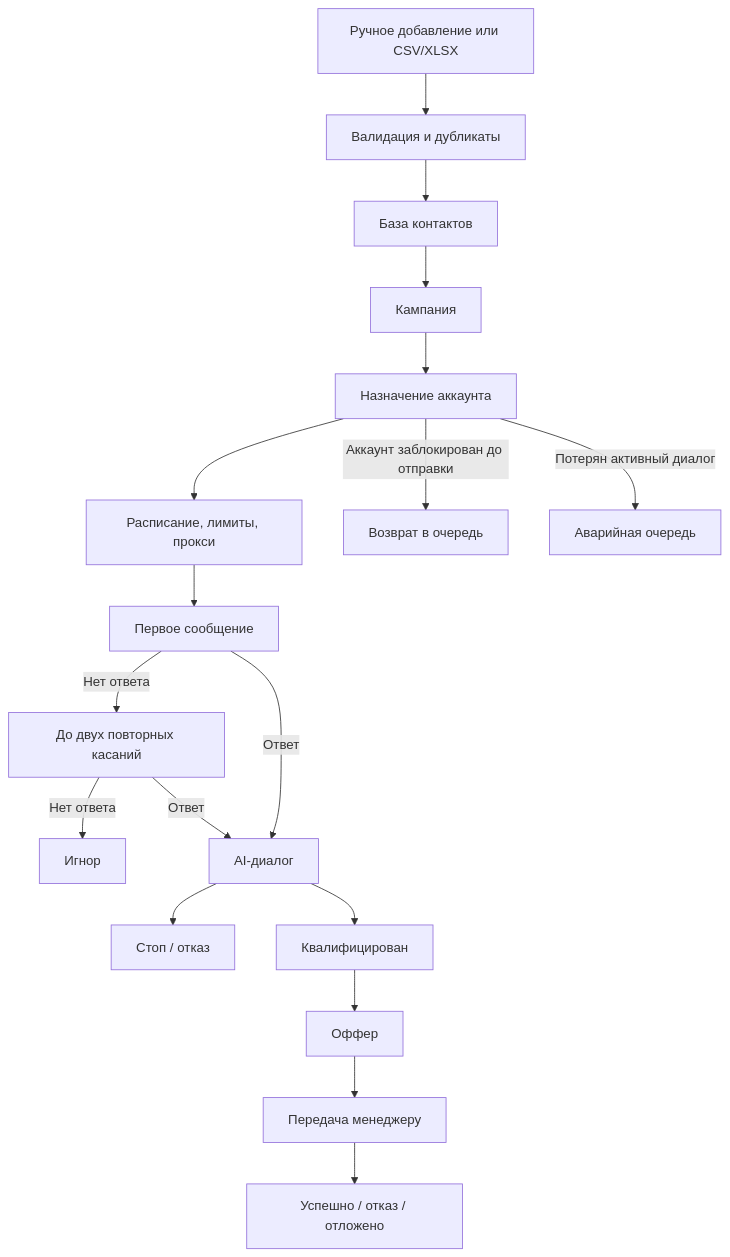
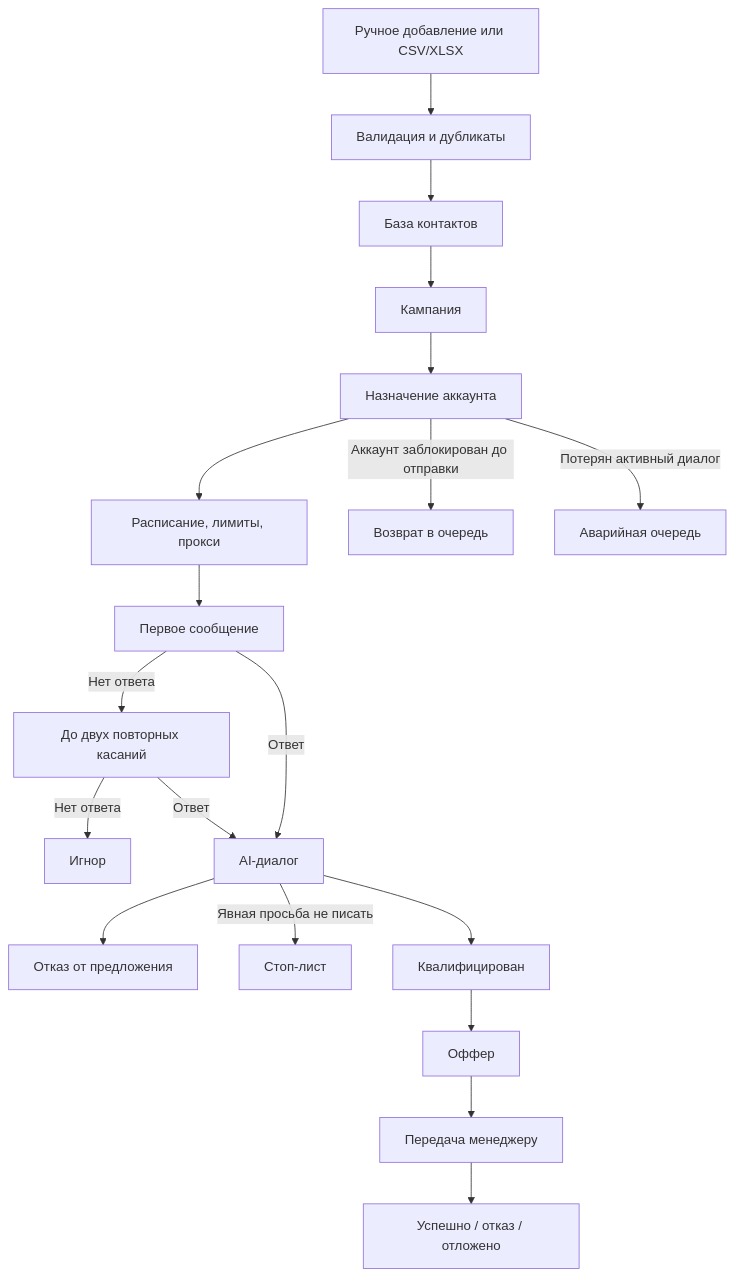
One commit to Alex666rr/AIsales changed the second of 2 diagrams in outputs/AI-Sales-Manager-TZ.md. Above: the diagram before and after it, drawn with Mermaid. The commit also changed other lines of this file, not shown here.

````diff
--- a/outputs/AI-Sales-Manager-TZ.md
+++ b/outputs/AI-Sales-Manager-TZ.md
@@ -495,20 +520,21 @@
 ```mermaid
 flowchart TD
     I["Ручное добавление или CSV/XLSX"] --> V["Валидация и дубликаты"]
     V --> B["База контактов"]
     B --> C["Кампания"]
     C --> A["Назначение аккаунта"]
     A --> S["Расписание, лимиты, прокси"]
     S --> M1["Первое сообщение"]
     M1 -->|Нет ответа| F["До двух повторных касаний"]
     F -->|Нет ответа| IGN["Игнор"]
     M1 -->|Ответ| D["AI-диалог"]
     F -->|Ответ| D
-    D --> STOP["Стоп / отказ"]
+    D --> REF["Отказ от предложения"]
+    D -->|Явная просьба не писать| STOP["Стоп-лист"]
     D --> Q["Квалифицирован"]
     Q --> O["Оффер"]
     O --> H["Передача менеджеру"]
     H --> R["Успешно / отказ / отложено"]
     A -->|Аккаунт заблокирован до отправки| REQ["Возврат в очередь"]
     A -->|Потерян активный диалог| EM["Аварийная очередь"]
 ```
````
